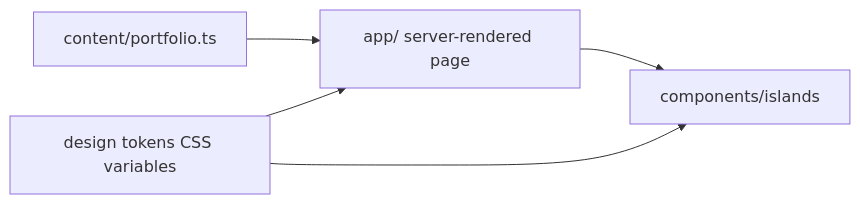
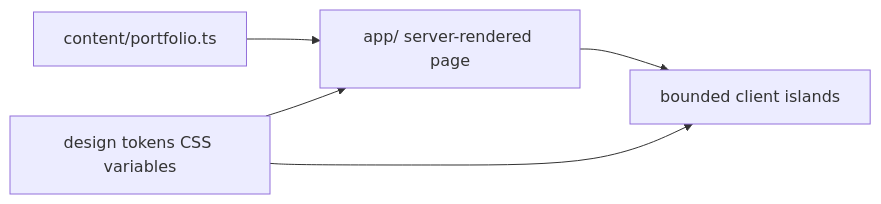
Before and after one commit to the-pinbo/portfolio-website: the first of 2 diagrams in _bmad-output/planning-artifacts/architecture/architecture-inba.dev-2026-08-29/ARCHITECTURE-SPINE.md, drawn with Mermaid. The commit also changed other lines of this file and 12 other files, not shown here.

````diff
--- a/_bmad-output/planning-artifacts/architecture/architecture-inba.dev-2026-08-29/ARCHITECTURE-SPINE.md
+++ b/_bmad-output/planning-artifacts/architecture/architecture-inba.dev-2026-08-29/ARCHITECTURE-SPINE.md
@@ -33,7 +37,7 @@
 ```mermaid
 flowchart LR
   C[content/portfolio.ts] --> A[app/ server-rendered page]
-  A --> I[components/islands]
+  A --> I[bounded client islands]
   T[design tokens CSS variables] --> A
   T --> I
 ```
````
